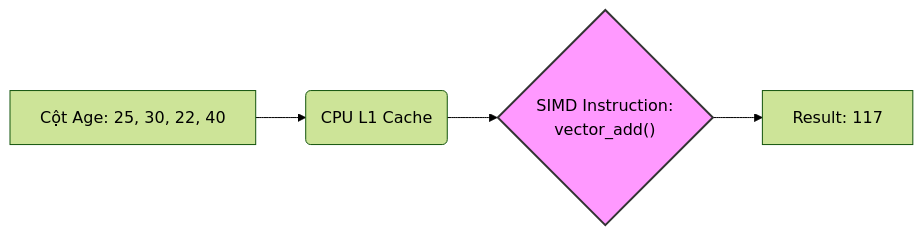
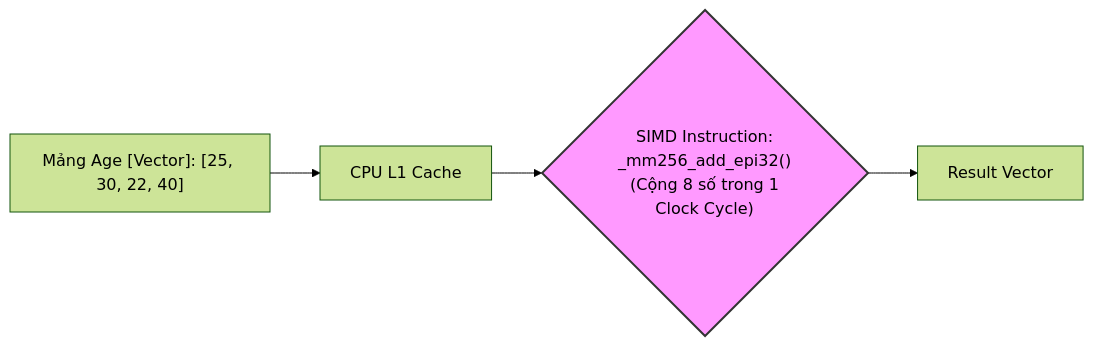
The third of 3 diagrams in src/content/docs/concepts/3-storage-engines-formats/oltp-vs-olap-storage.md (kythuatdulieu/kythuatdulieu.github.io), drawn with Mermaid (forest theme) before and after one commit. The commit also changed other lines of this file and 228 other files, not shown here.

Commit message:
Fix syntax and rewrite 200+ concepts docs to deep-dive system architecture and add GA4 tracking to quiz app

````diff
--- a/src/content/docs/concepts/3-storage-engines-formats/oltp-vs-olap-storage.md
+++ b/src/content/docs/concepts/3-storage-engines-formats/oltp-vs-olap-storage.md
@@ -98,7 +103,8 @@
 ```mermaid
 flowchart LR
-    A["Cột Age: 25, 30, 22, 40"] --> B("CPU L1 Cache")
-    B --> C{"SIMD Instruction:\n vector_add()"}
-    C --> D["Result: 117"]
+    A["Mảng Age [Vector]: [25, 30, 22, 40]"] --> B["CPU L1 Cache"]
+    B --> C{"SIMD Instruction:\n _mm256_add_epi32() \n (Cộng 8 số trong 1 Clock Cycle)"}
+    C --> D["Result Vector"]
+    
     style C fill:#f9f,stroke:#333,stroke-width:2px
 ```
````
